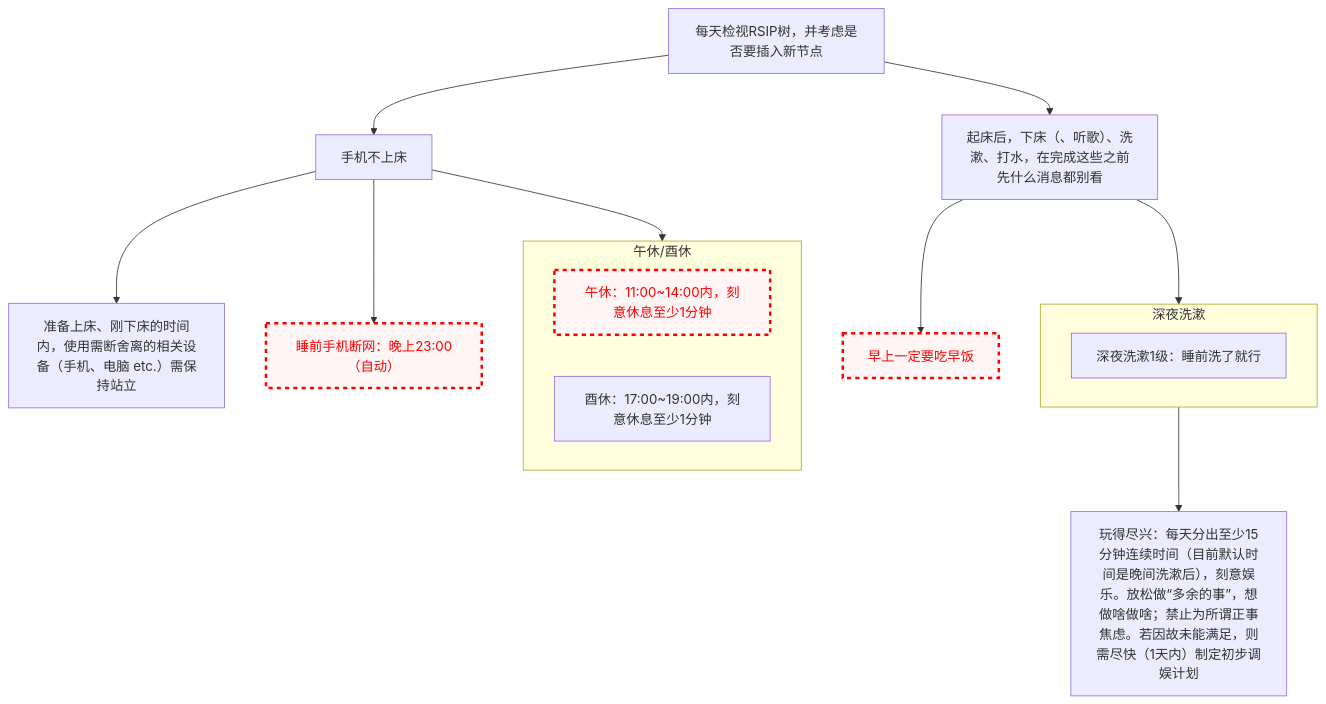
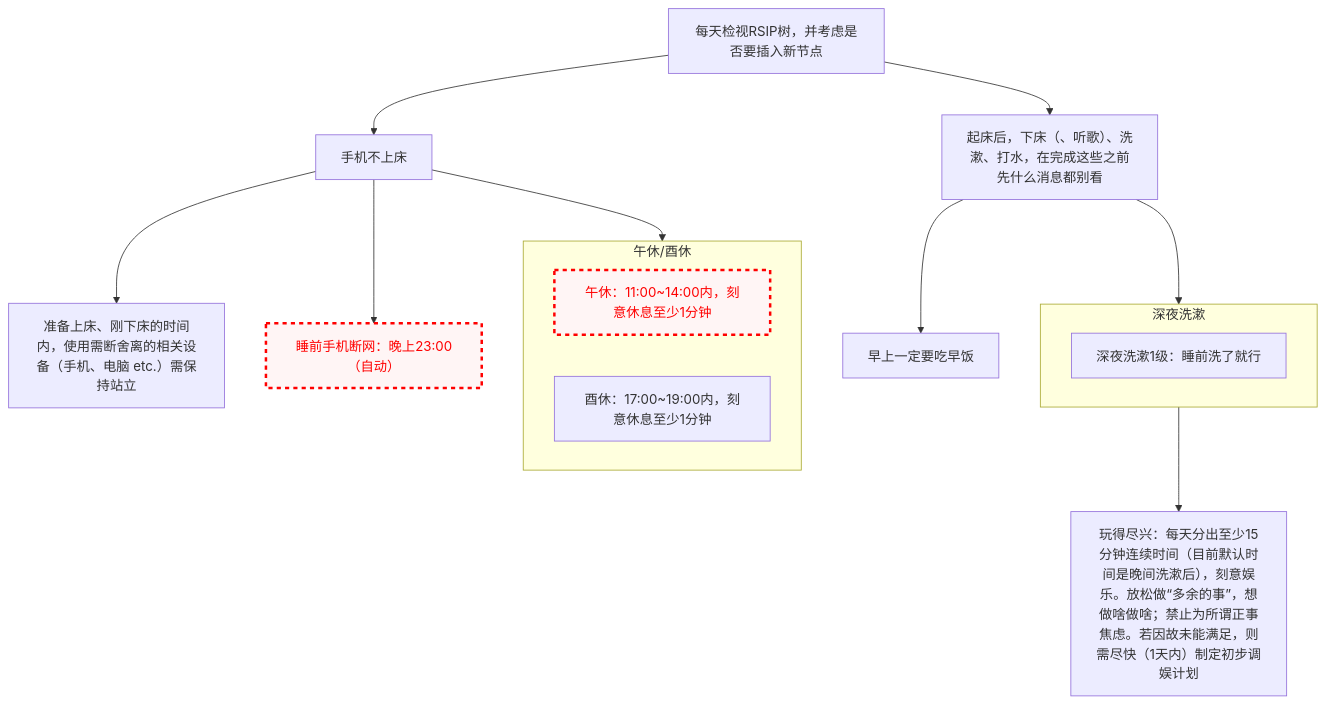
One commit to Ethkuil/RSIP-tree changed the diagram in README.md. Above: the diagram before and after it, drawn with Mermaid.

Commit message:
enable 早饭

````diff
--- a/README.md
+++ b/README.md
@@ -11,33 +11,32 @@
 ```mermaid
 graph TD
 
 classDef failed stroke:#ff0000, stroke-width:3px, color:#ff0000, fill:#fff5f5, stroke-dasharray: 5
 
 RSIP[每天检视RSIP树，并考虑是否要插入新节点]
 
 RSIP --> 手机不上床
 手机不上床 --> 站立使用[准备上床、刚下床的时间内，使用需断舍离的相关设备（手机、电脑 etc.）需保持站立]
 
 
 RSIP --> 清晨洗漱
 清晨洗漱[起床后，下床（、听歌）、洗漱、打水，在完成这些之前先什么消息都别看]
 
 清晨洗漱 --> 早饭[早上一定要吃早饭]
-class 早饭 failed
 
 手机不上床 --> 午休/酉休
 subgraph 午休/酉休
   午休[午休：11:00~14:00内，刻意休息至少1分钟]
   酉休[酉休：17:00~19:00内，刻意休息至少1分钟]
   class 午休 failed
 end
 
 
 清晨洗漱 --> 深夜洗漱
 subgraph 深夜洗漱
   深夜洗漱1级[深夜洗漱1级：睡前洗了就行]
 end
 深夜洗漱 --> 玩得尽兴[玩得尽兴：每天分出至少15分钟连续时间（目前默认时间是晚间洗漱后），刻意娱乐。放松做“多余的事”，想做啥做啥；禁止为所谓正事焦虑。若因故未能满足，则需尽快（1天内）制定初步调娱计划]
 手机不上床 --> 睡前手机断网[睡前手机断网：晚上23:00（自动）]
 class 睡前手机断网 failed
 ```
````
